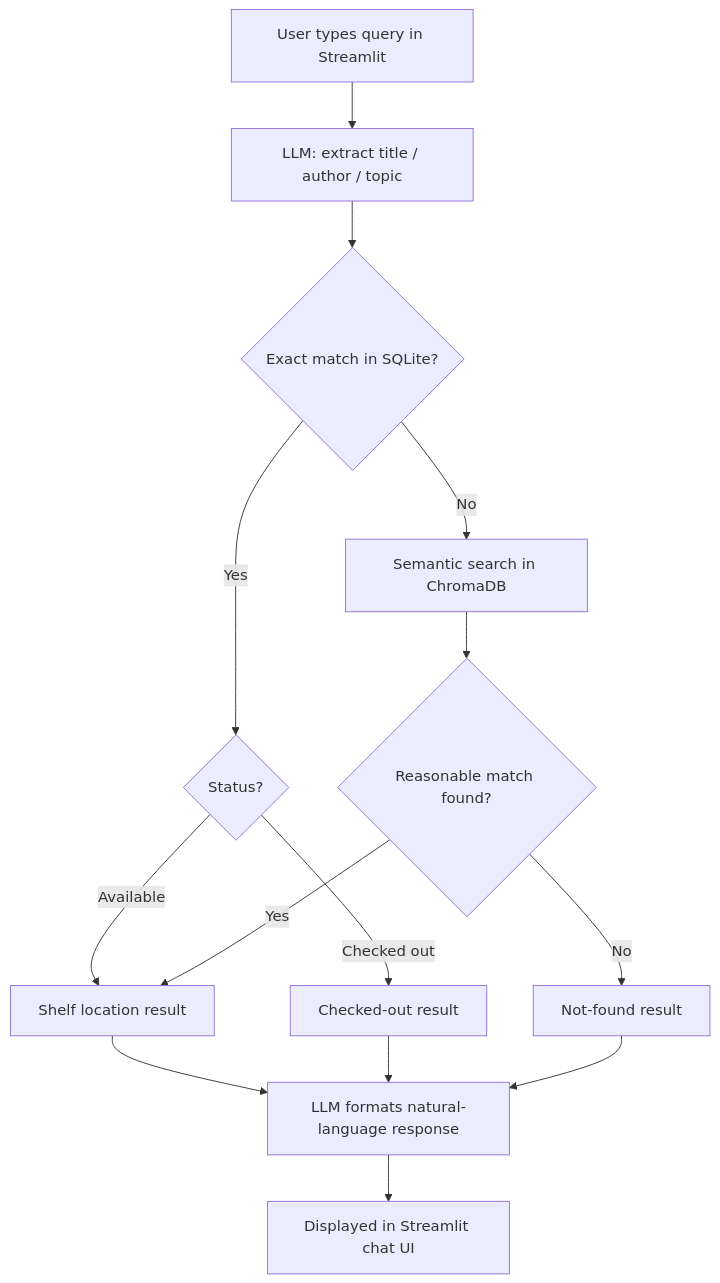
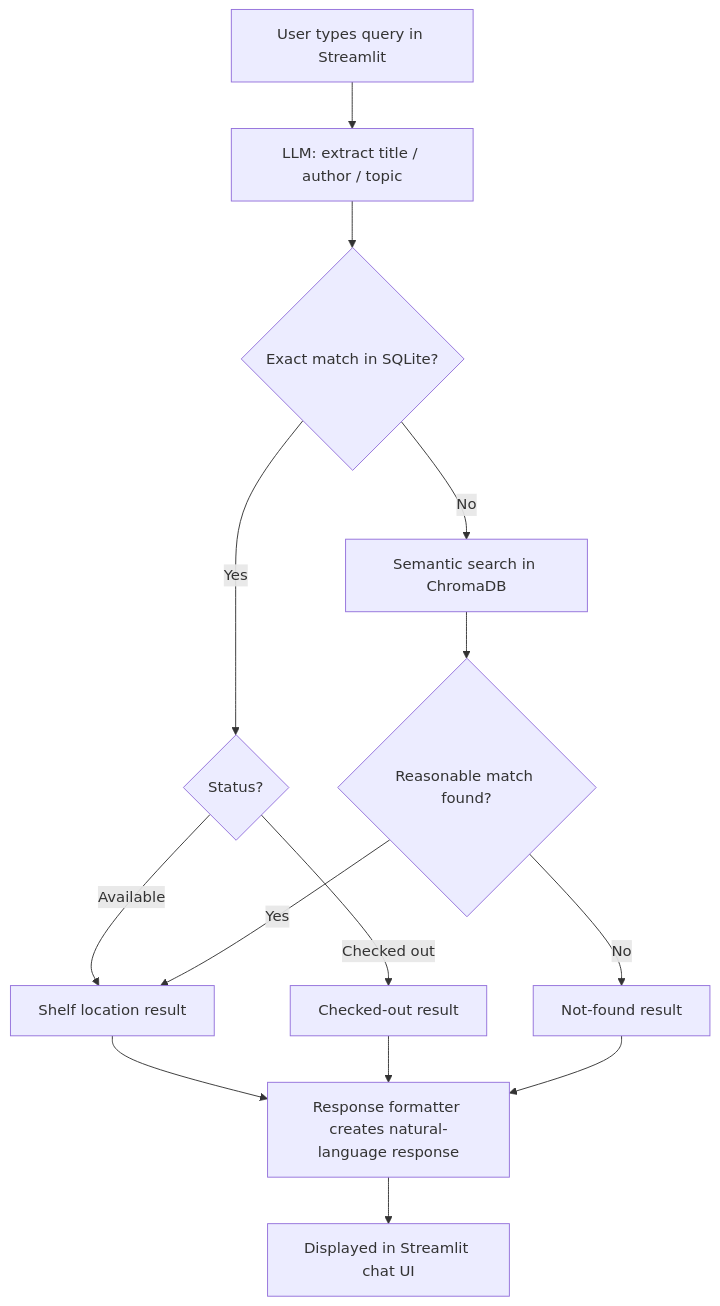
The diagram in README.md (Code-ruto/AI-Solution-Developer-Capsone-Project), drawn with Mermaid before and after one commit. The commit also changed other lines of this file and 1 other file, not shown here.

````diff
--- a/README.md
+++ b/README.md
@@ -89,16 +100,16 @@
 ```mermaid
 flowchart TD
     A[User types query in Streamlit] --> B[LLM: extract title / author / topic]
     B --> C{Exact match in SQLite?}
     C -- Yes --> D{Status?}
     D -- Available --> E[Shelf location result]
     D -- Checked out --> F[Checked-out result]
     C -- No --> G[Semantic search in ChromaDB]
     G --> H{Reasonable match found?}
     H -- Yes --> E
     H -- No --> I[Not-found result]
-    E --> J[LLM formats natural-language response]
+      E --> J[Response formatter creates natural-language response]
     F --> J
     I --> J
     J --> K[Displayed in Streamlit chat UI]
 ```
````
